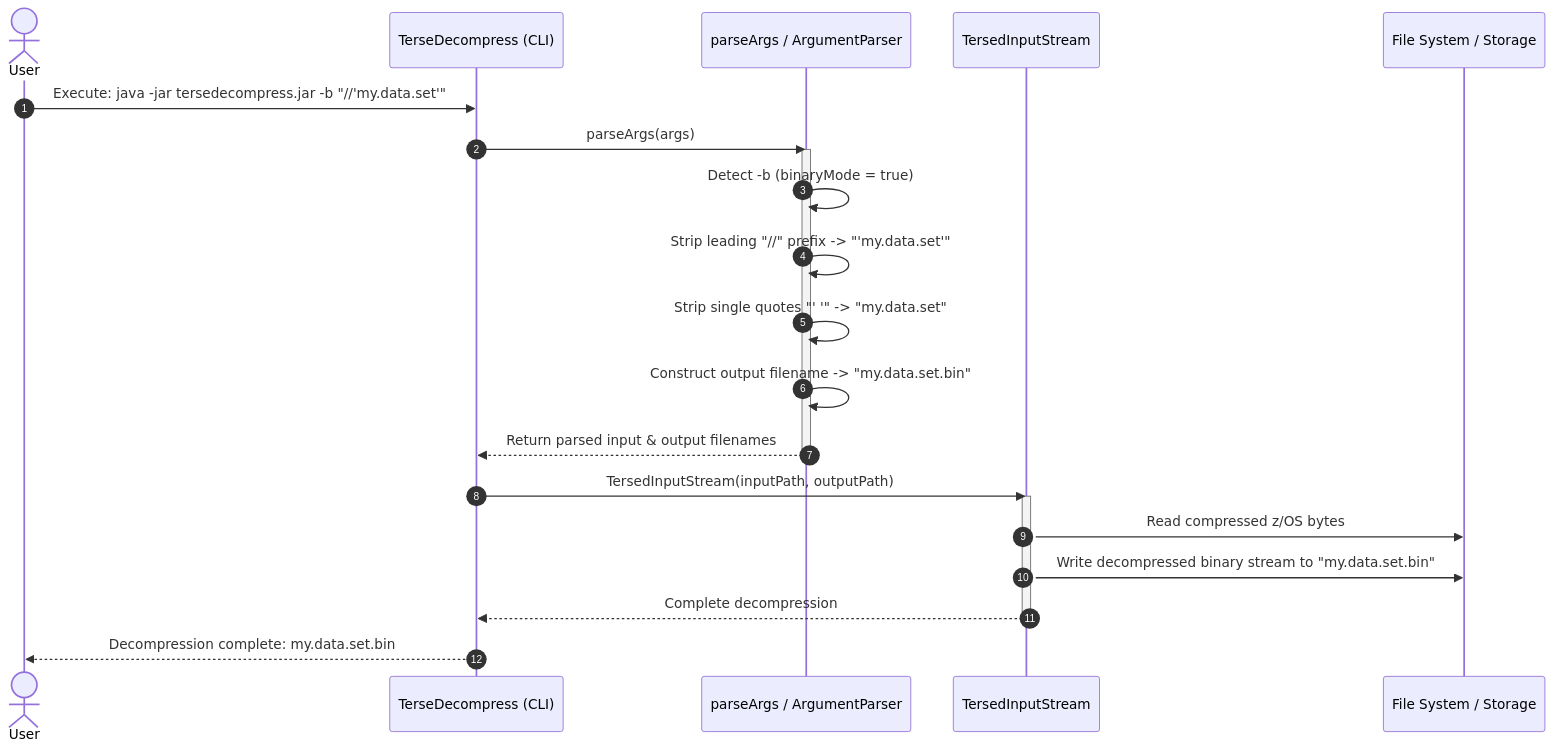
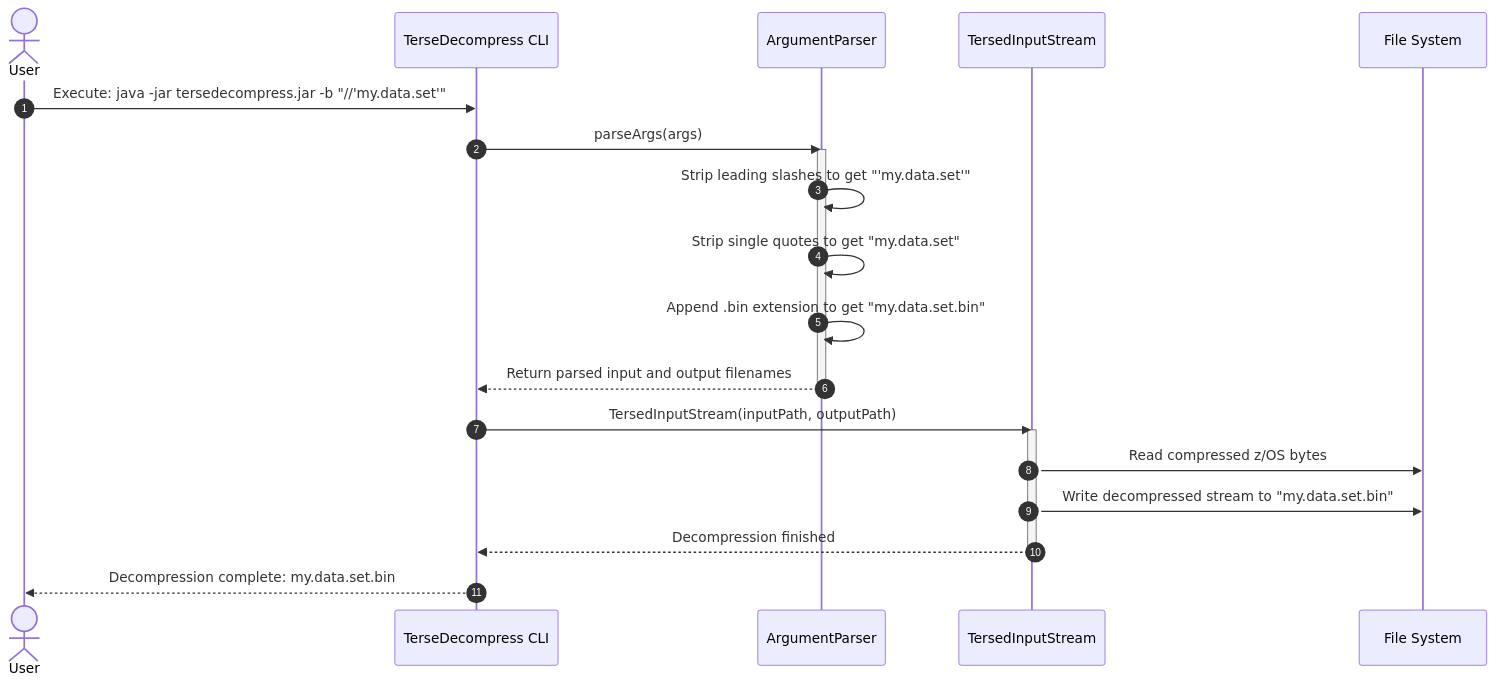
One commit to openmainframeproject/tersedecompress changed the first of 2 diagrams in docs/contributions/ISSUE-22.md. Above: the diagram before and after it, drawn with Mermaid. The commit also changed other lines of this file, not shown here.

Commit message:
docs: update sequence and class diagrams with clean Mermaid syntax

````diff
--- a/docs/contributions/ISSUE-22.md
+++ b/docs/contributions/ISSUE-22.md
@@ -30,27 +30,26 @@
 ```mermaid
 sequenceDiagram
     autonumber
     actor User
-    participant CLI as TerseDecompress (CLI)
-    participant Parser as parseArgs / ArgumentParser
+    participant CLI as TerseDecompress CLI
+    participant Parser as ArgumentParser
     participant Stream as TersedInputStream
-    participant FileSystem as File System / Storage
+    participant FileSystem as File System
 
     User->>CLI: Execute: java -jar tersedecompress.jar -b "//'my.data.set'"
     CLI->>Parser: parseArgs(args)
     activate Parser
-    Parser->>Parser: Detect -b (binaryMode = true)
-    Parser->>Parser: Strip leading "//" prefix -> "'my.data.set'"
-    Parser->>Parser: Strip single quotes "' '" -> "my.data.set"
-    Parser->>Parser: Construct output filename -> "my.data.set.bin"
-    Parser-->>CLI: Return parsed input & output filenames
+    Parser->>Parser: Strip leading slashes to get "'my.data.set'"
+    Parser->>Parser: Strip single quotes to get "my.data.set"
+    Parser->>Parser: Append .bin extension to get "my.data.set.bin"
+    Parser-->>CLI: Return parsed input and output filenames
     deactivate Parser
 
     CLI->>Stream: TersedInputStream(inputPath, outputPath)
     activate Stream
     Stream->>FileSystem: Read compressed z/OS bytes
-    Stream->>FileSystem: Write decompressed binary stream to "my.data.set.bin"
-    Stream-->>CLI: Complete decompression
+    Stream->>FileSystem: Write decompressed stream to "my.data.set.bin"
+    Stream-->>CLI: Decompression finished
     deactivate Stream
     CLI-->>User: Decompression complete: my.data.set.bin
 ```
````
